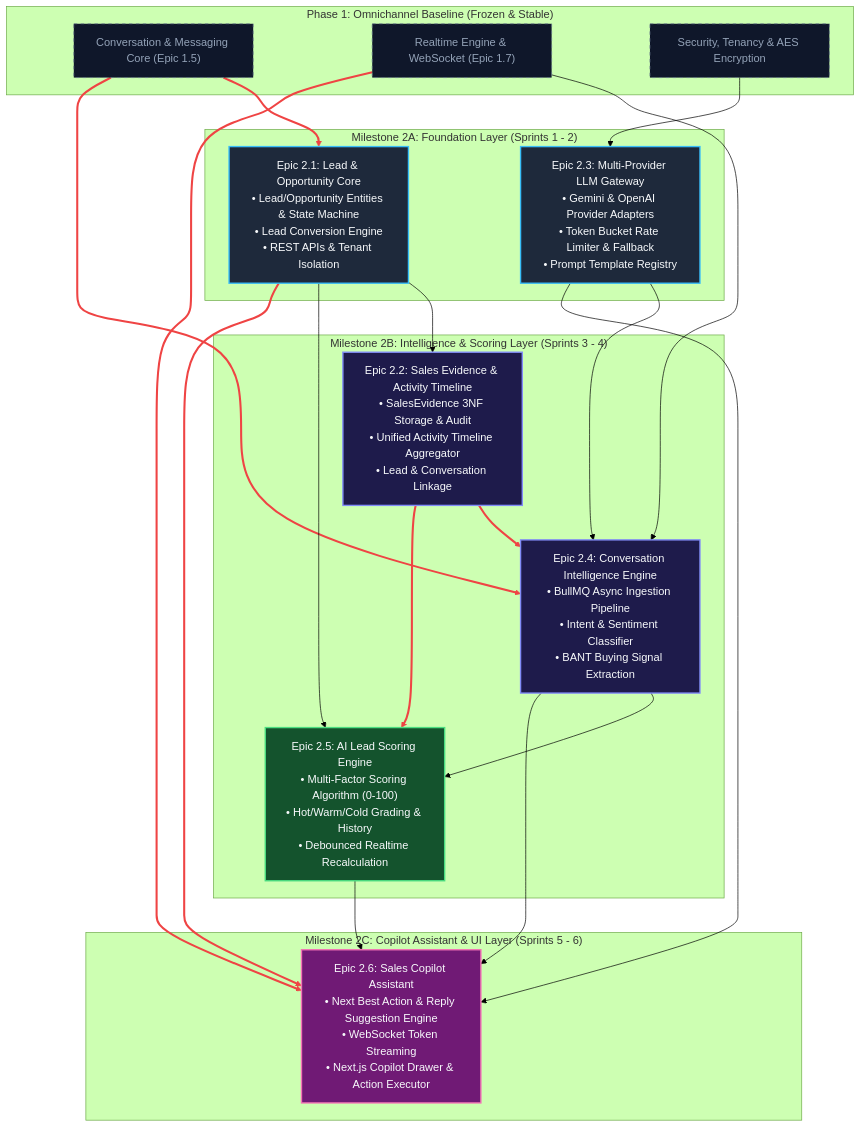
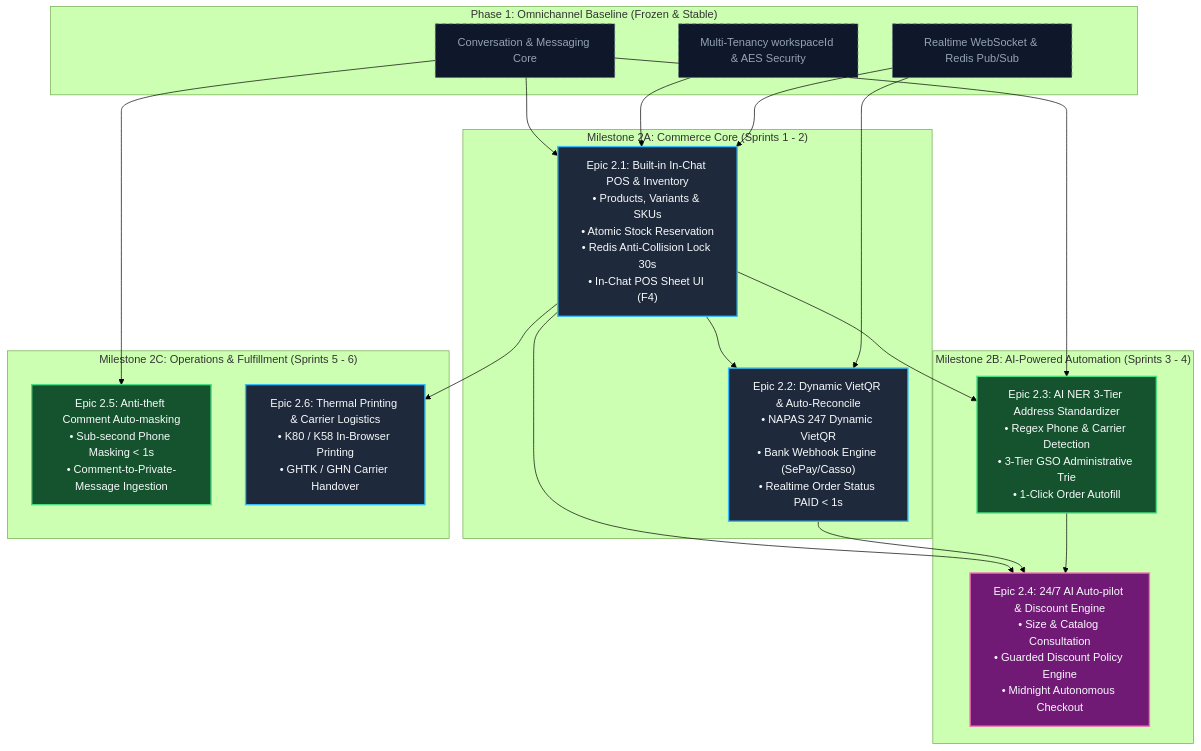
The diagram in docs/backlog/phase-2-backlog.md (Mkhai205/sales-copilot), drawn with Mermaid (forest theme) before and after one commit. The commit also changed other lines of this file and 157 other files, not shown here.

````diff
--- a/docs/backlog/phase-2-backlog.md
+++ b/docs/backlog/phase-2-backlog.md
@@ -35,52 +35,46 @@
 ```mermaid
 graph TD
     classDef foundation fill:#1e293b,stroke:#38bdf8,stroke-width:2px,color:#f8fafc;
-    classDef intelligence fill:#1e1b4b,stroke:#818cf8,stroke-width:2px,color:#f8fafc;
-    classDef scoring fill:#14532d,stroke:#4ade80,stroke-width:2px,color:#f8fafc;
-    classDef copilot fill:#701a75,stroke:#f472b6,stroke-width:2px,color:#f8fafc;
+    classDef commerce fill:#14532d,stroke:#4ade80,stroke-width:2px,color:#f8fafc;
+    classDef ai fill:#701a75,stroke:#f472b6,stroke-width:2px,color:#f8fafc;
     classDef phase1 fill:#0f172a,stroke:#64748b,stroke-width:1px,stroke-dasharray: 5 5,color:#94a3b8;
 
     subgraph P1["Phase 1: Omnichannel Baseline (Frozen & Stable)"]
-        P1_MSG["Conversation & Messaging Core (Epic 1.5)"]
-        P1_EVT["Realtime Engine & WebSocket (Epic 1.7)"]
-        P1_SEC["Security, Tenancy & AES Encryption"]
+        P1_MSG["Conversation & Messaging Core"]
+        P1_EVT["Realtime WebSocket & Redis Pub/Sub"]
+        P1_SEC["Multi-Tenancy workspaceId & AES Security"]
     end
     class P1_MSG,P1_EVT,P1_SEC phase1;
 
-    subgraph M2A["Milestone 2A: Foundation Layer (Sprints 1 - 2)"]
-        E21["Epic 2.1: Lead & Opportunity Core<br/>• Lead/Opportunity Entities & State Machine<br/>• Lead Conversion Engine<br/>• REST APIs & Tenant Isolation"]:::foundation
-        E23["Epic 2.3: Multi-Provider LLM Gateway<br/>• Gemini & OpenAI Provider Adapters<br/>• Token Bucket Rate Limiter & Fallback<br/>• Prompt Template Registry"]:::foundation
+    subgraph M2A["Milestone 2A: Commerce Core (Sprints 1 - 2)"]
+        E21["Epic 2.1: Built-in In-Chat POS & Inventory<br/>• Products, Variants & SKUs<br/>• Atomic Stock Reservation<br/>• Redis Anti-Collision Lock 30s<br/>• In-Chat POS Sheet UI (F4)"]:::foundation
+        E22["Epic 2.2: Dynamic VietQR & Auto-Reconcile<br/>• NAPAS 247 Dynamic VietQR<br/>• Bank Webhook Engine (SePay/Casso)<br/>• Realtime Order Status PAID < 1s"]:::foundation
     end
 
-    subgraph M2B["Milestone 2B: Intelligence & Scoring Layer (Sprints 3 - 4)"]
-        E22["Epic 2.2: Sales Evidence & Activity Timeline<br/>• SalesEvidence 3NF Storage & Audit<br/>• Unified Activity Timeline Aggregator<br/>• Lead & Conversation Linkage"]:::intelligence
-        E24["Epic 2.4: Conversation Intelligence Engine<br/>• BullMQ Async Ingestion Pipeline<br/>• Intent & Sentiment Classifier<br/>• BANT Buying Signal Extraction"]:::intelligence
-        E25["Epic 2.5: AI Lead Scoring Engine<br/>• Multi-Factor Scoring Algorithm (0-100)<br/>• Hot/Warm/Cold Grading & History<br/>• Debounced Realtime Recalculation"]:::scoring
+    subgraph M2B["Milestone 2B: AI-Powered Automation (Sprints 3 - 4)"]
+        E23["Epic 2.3: AI NER 3-Tier Address Standardizer<br/>• Regex Phone & Carrier Detection<br/>• 3-Tier GSO Administrative Trie<br/>• 1-Click Order Autofill"]:::commerce
+        E24["Epic 2.4: 24/7 AI Auto-pilot & Discount Engine<br/>• Size & Catalog Consultation<br/>• Guarded Discount Policy Engine<br/>• Midnight Autonomous Checkout"]:::ai
     end
 
-    subgraph M2C["Milestone 2C: Copilot Assistant & UI Layer (Sprints 5 - 6)"]
-        E26["Epic 2.6: Sales Copilot Assistant<br/>• Next Best Action & Reply Suggestion Engine<br/>• WebSocket Token Streaming<br/>• Next.js Copilot Drawer & Action Executor"]:::copilot
+    subgraph M2C["Milestone 2C: Operations & Fulfillment (Sprints 5 - 6)"]
+        E25["Epic 2.5: Anti-theft Comment Auto-masking<br/>• Sub-second Phone Masking < 1s<br/>• Comment-to-Private-Message Ingestion"]:::commerce
+        E26["Epic 2.6: Thermal Printing & Carrier Logistics<br/>• K80 / K58 In-Browser Printing<br/>• GHTK / GHN Carrier Handover"]:::foundation
     end
 
     %% Dependency Connections
     P1_MSG --> E21
-    P1_SEC --> E23
-    P1_MSG --> E24
-    P1_EVT --> E24
-    P1_EVT --> E26
+    P1_SEC --> E21
+    P1_EVT --> E21
+    E21 --> E22
+    P1_EVT --> E22
 
-    E21 --> E22
+    E21 --> E23
+    P1_MSG --> E23
+
+    E21 --> E24
+    E22 --> E24
     E23 --> E24
-    E22 --> E24
-    E21 --> E25
-    E22 --> E25
-    E24 --> E25
 
+    P1_MSG --> E25
     E21 --> E26
-    E23 --> E26
-    E24 --> E26
-    E25 --> E26
-
-    %% Critical Path Highlighting
-    linkStyle 0,2,4,7,9,11 stroke:#ef4444,stroke-width:3px;
 ```
````
